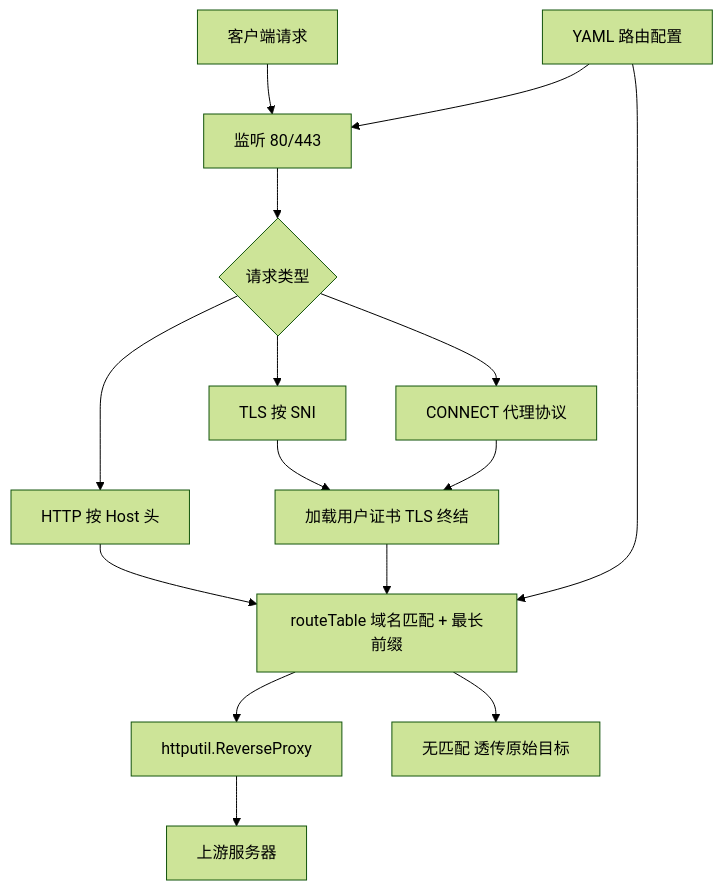
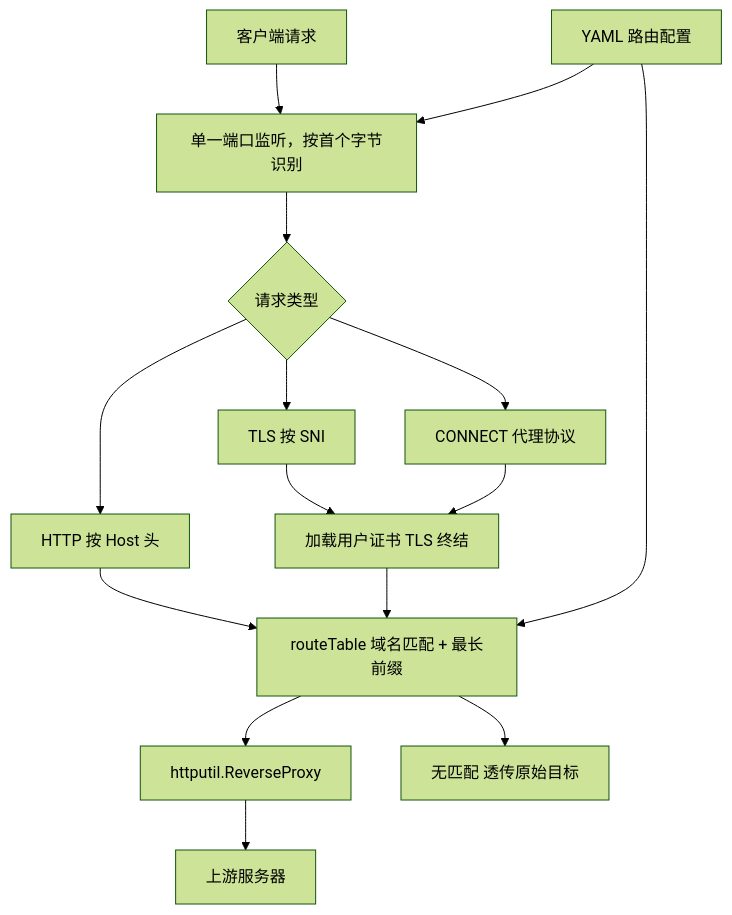
One commit to isunk/MyReverseProxy changed the first of 4 diagrams in .monkeycode/specs/mrp/design.md. Above: the diagram before and after it, drawn with Mermaid (forest theme). The commit also changed other lines of this file and 6 other files, not shown here.

````diff
--- a/.monkeycode/specs/mrp/design.md
+++ b/.monkeycode/specs/mrp/design.md
@@ -12,17 +12,17 @@
 ```mermaid
 graph TD
-    A["客户端请求"] --> B["监听 80/443"]
+    A["客户端请求"] --> B["单一端口监听，按首个字节识别"]
     B --> C{"请求类型"}
     C --> D["HTTP 按 Host 头"]
     C --> E["TLS 按 SNI"]
     C --> F["CONNECT 代理协议"]
     E --> G["加载用户证书 TLS 终结"]
     F --> G
     D --> H["routeTable 域名匹配 + 最长前缀"]
     G --> H
     H --> I["httputil.ReverseProxy"]
     I --> J["上游服务器"]
     H --> K["无匹配 透传原始目标"]
     L["YAML 路由配置"] --> B
     L --> H
 ```
````
